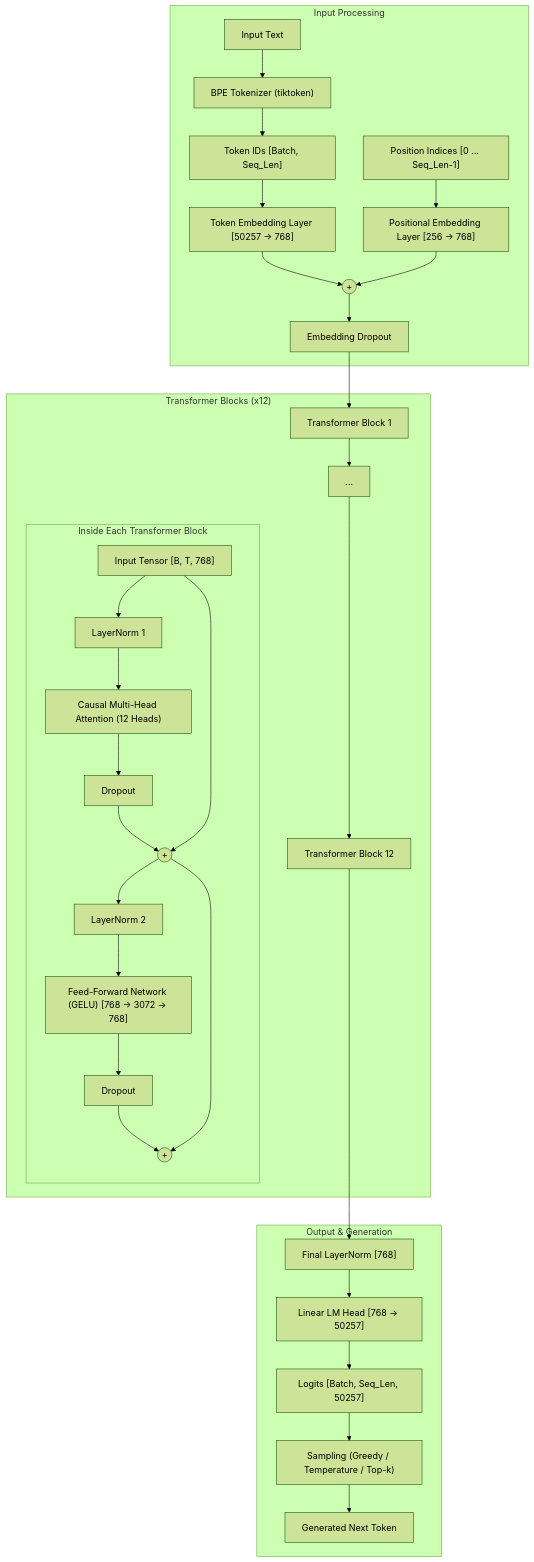
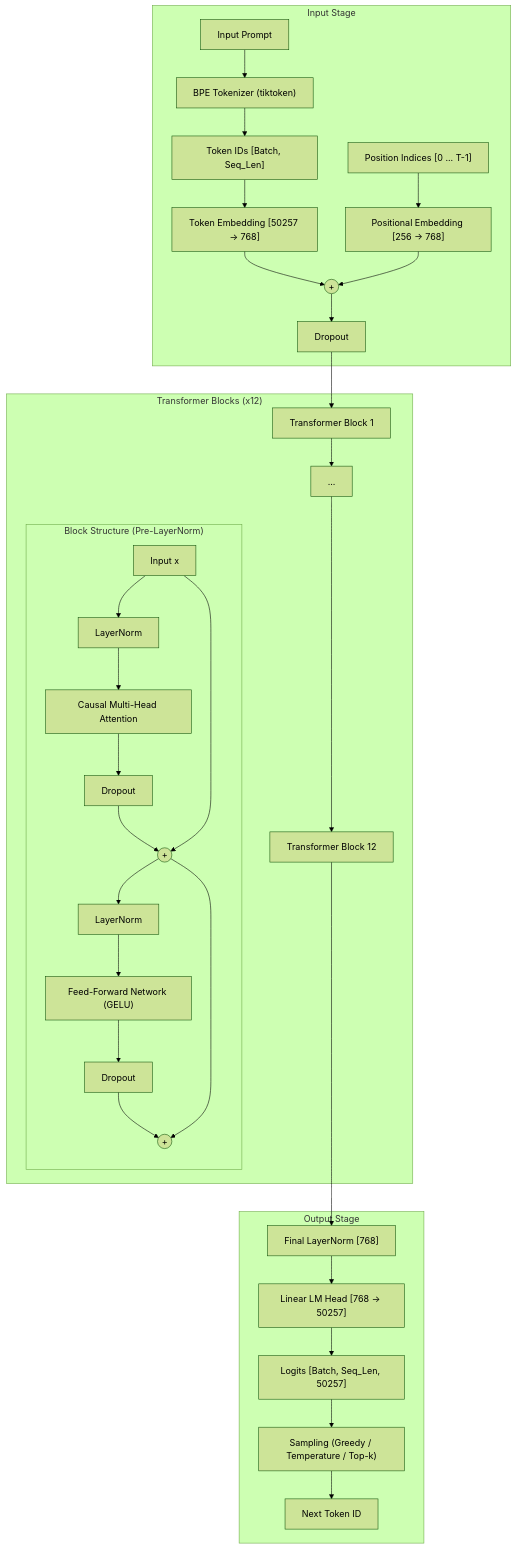
Before and after one commit to Lakshay1221-apple/BuildingLLM: the diagram in README.md, drawn with Mermaid (forest theme). The commit also changed other lines of this file and 1 other file, not shown here.

````diff
--- a/README.md
+++ b/README.md
@@ -44,41 +42,41 @@
 ```mermaid
 flowchart TD
-    subgraph Input["Input Processing"]
-        Prompt["Input Text"] --> Tokenizer["BPE Tokenizer (tiktoken)"]
+    subgraph Input["Input Stage"]
+        Text["Input Prompt"] --> Tokenizer["BPE Tokenizer (tiktoken)"]
         Tokenizer --> TokenIDs["Token IDs [Batch, Seq_Len]"]
-        TokenIDs --> TokEmb["Token Embedding Layer [50257 -> 768]"]
-        PosIndices["Position Indices [0 ... Seq_Len-1]"] --> PosEmb["Positional Embedding Layer [256 -> 768]"]
+        TokenIDs --> TokEmb["Token Embedding [50257 -> 768]"]
+        PosIdx["Position Indices [0 ... T-1]"] --> PosEmb["Positional Embedding [256 -> 768]"]
         TokEmb --> Add(( + ))
         PosEmb --> Add
-        Add --> DropIn["Embedding Dropout"]
+        Add --> DropIn["Dropout"]
     end
 
-    subgraph Transformer["Transformer Blocks (x12)"]
-        DropIn --> Block0["Transformer Block 1"]
-        Block0 --> Dots["..."]
-        Dots --> BlockN["Transformer Block 12"]
-        
-        subgraph BlockDetail["Inside Each Transformer Block"]
+    subgraph Blocks["Transformer Blocks (x12)"]
+        DropIn --> Block1["Transformer Block 1"]
+        Block1 --> BlockDots["..."]
+        BlockDots --> Block12["Transformer Block 12"]
+
+        subgraph BlockDetail["Block Structure (Pre-LayerNorm)"]
             direction TB
-            InputX["Input Tensor [B, T, 768]"] --> LN1["LayerNorm 1"]
-            LN1 --> MHA["Causal Multi-Head Attention (12 Heads)"]
-            MHA --> Drop1["Dropout"]
-            Drop1 --> Res1(( + ))
-            InputX --> Res1
-            
-            Res1 --> LN2["LayerNorm 2"]
-            LN2 --> FFN["Feed-Forward Network (GELU) [768 -> 3072 -> 768]"]
-            FFN --> Drop2["Dropout"]
-            Drop2 --> Res2(( + ))
-            Res1 --> Res2
+            BX["Input x"] --> BLN1["LayerNorm"]
+            BLN1 --> BMHA["Causal Multi-Head Attention"]
+            BMHA --> BDrop1["Dropout"]
+            BDrop1 --> BAdd1(( + ))
+            BX --> BAdd1
+
+            BAdd1 --> BLN2["LayerNorm"]
+            BLN2 --> BFFN["Feed-Forward Network (GELU)"]
+            BFFN --> BDrop2["Dropout"]
+            BDrop2 --> BAdd2(( + ))
+            BAdd1 --> BAdd2
         end
     end
 
-    subgraph Output["Output & Generation"]
-        BlockN --> FinalLN["Final LayerNorm [768]"]
+    subgraph Output["Output Stage"]
+        Block12 --> FinalLN["Final LayerNorm [768]"]
         FinalLN --> LMHead["Linear LM Head [768 -> 50257]"]
         LMHead --> Logits["Logits [Batch, Seq_Len, 50257]"]
         Logits --> Sampler["Sampling (Greedy / Temperature / Top-k)"]
-        Sampler --> NextToken["Generated Next Token"]
+        Sampler --> NextToken["Next Token ID"]
     end
 ```
````
